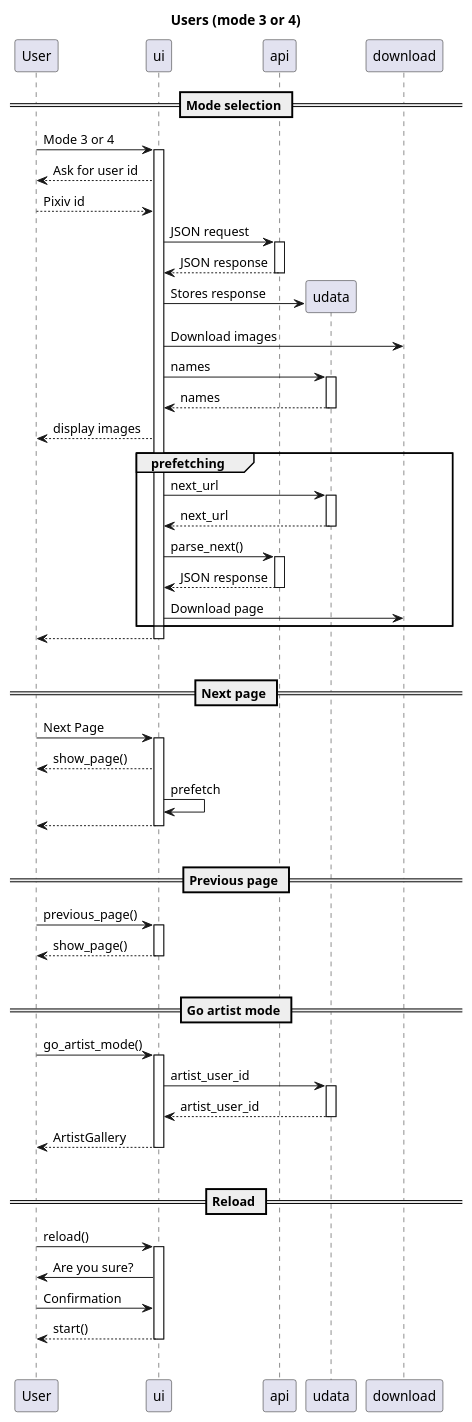
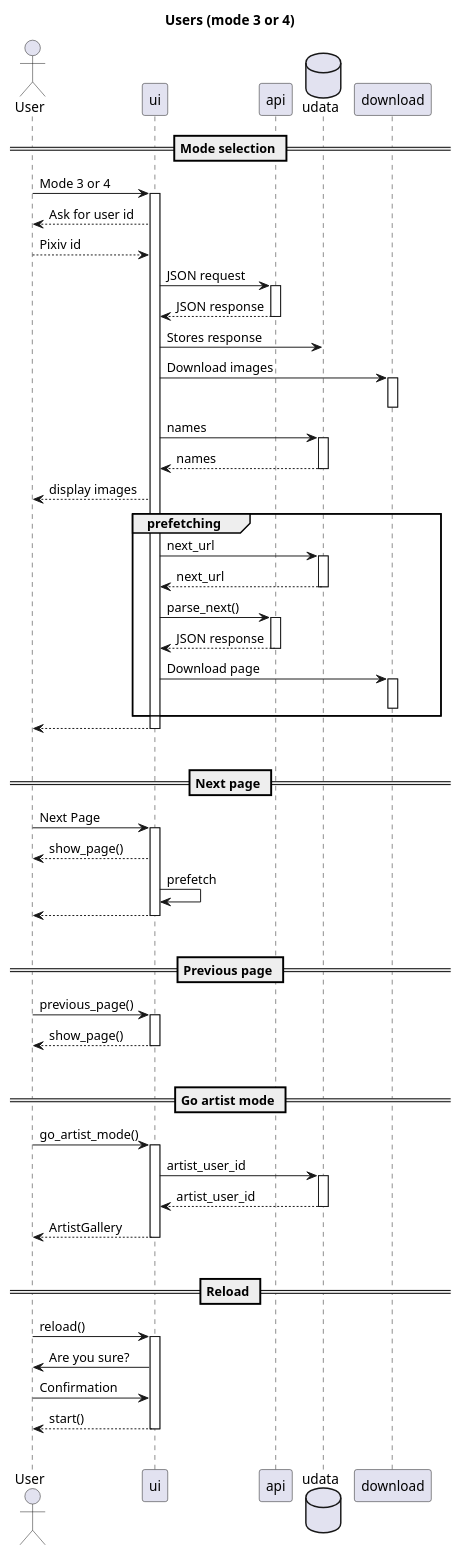
Before and after one commit to akazukin5151/koneko-old: the diagram in puml/users.puml, drawn with PlantUML. The commit also changed 3 other files, not shown here.

Commit message:
More detailed actor uml diagrams

```diff
--- a/puml/users.puml
+++ b/puml/users.puml
@@ -1,53 +1,58 @@
 @startuml
 title Users (mode 3 or 4)
 
 == Mode selection ==
+actor User
 User -> ui ++: Mode 3 or 4
 ui --> User: Ask for user id
 User --> ui: Pixiv id
 ui -> api ++: JSON request
 return JSON response
-create udata
+database udata
 ui -> udata: Stores response
 ui -> download: Download images
+activate download
+deactivate download
 ui -> udata ++: names
 return names
 ui --> User: display images
 group prefetching
     ui -> udata ++: next_url
     return next_url
     ui -> api ++: parse_next()
     return JSON response
     ui -> download: Download page
+    activate download
+    deactivate download
 end
 return
 |||
 
 == Next page ==
 User -> ui ++: Next Page
 ui --> User: show_page()
 ui -> ui: prefetch
 return
 |||
 
 == Previous page ==
 User -> ui ++: previous_page()
 return show_page()
 |||
 
 == Go artist mode ==
 User -> ui ++: go_artist_mode()
 ui -> udata ++: artist_user_id
 return artist_user_id
 return ArtistGallery
 |||
 
 == Reload ==
 User -> ui ++: reload()
 ui -> User: Are you sure?
 User -> ui: Confirmation
 return start()
 |||
 
 
 @enduml
```
